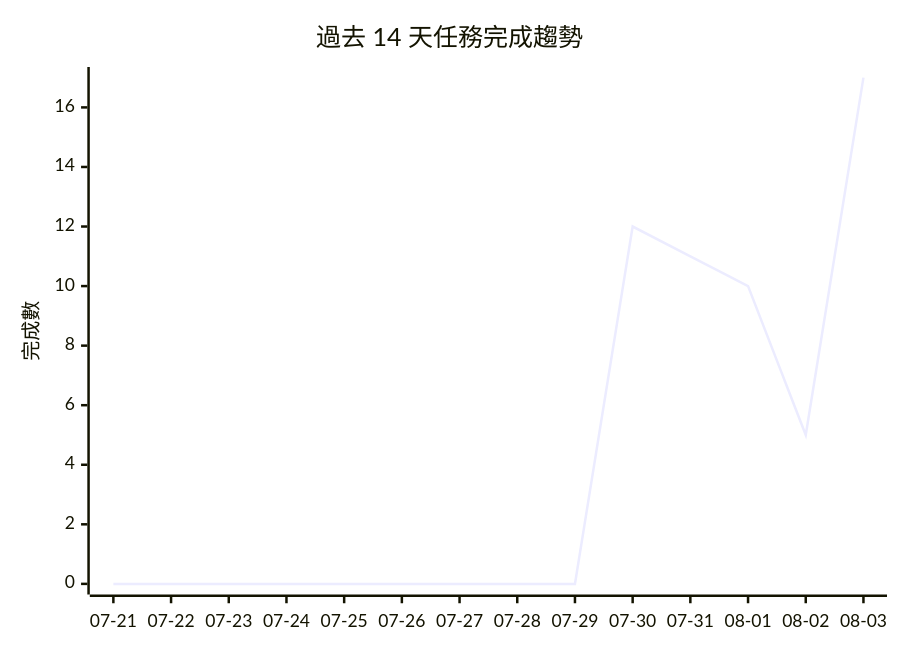
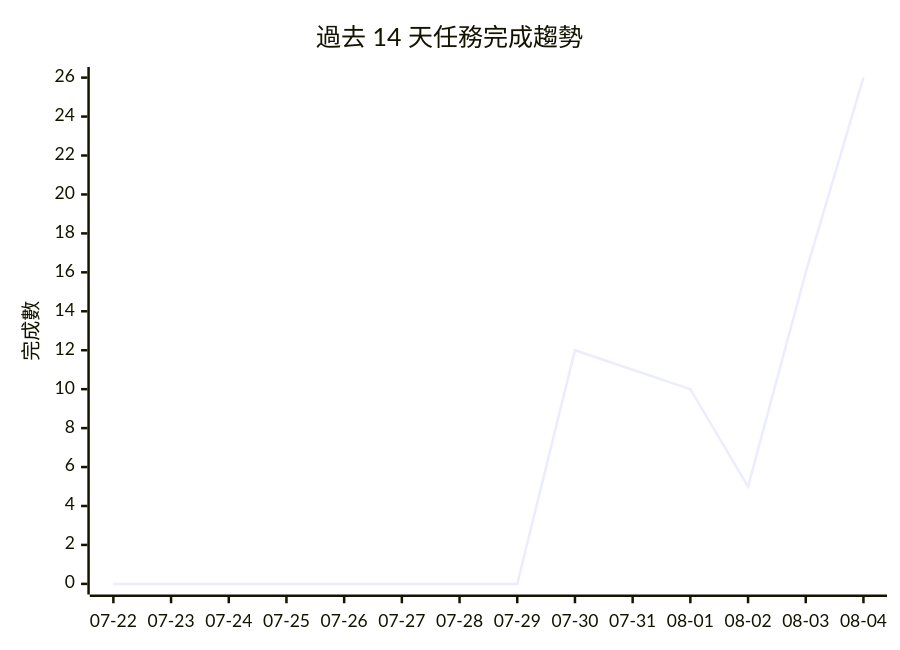
The diagram in PROJECTS.md (gentoobreaking/ai-tasks), drawn with Mermaid before and after one commit. The commit also changed other lines of this file and 99 other files, not shown here.

````diff
--- a/PROJECTS.md
+++ b/PROJECTS.md
@@ -231,7 +202,7 @@
 ```mermaid
 xychart-beta
     title "過去 14 天任務完成趨勢"
-    x-axis ["07-21", "07-22", "07-23", "07-24", "07-25", "07-26", "07-27", "07-28", "07-29", "07-30", "07-31", "08-01", "08-02", "08-03"]
-    y-axis "完成數" 0 --> 17
-    line [0, 0, 0, 0, 0, 0, 0, 0, 0, 12, 11, 10, 5, 17]
+    x-axis ["07-22", "07-23", "07-24", "07-25", "07-26", "07-27", "07-28", "07-29", "07-30", "07-31", "08-01", "08-02", "08-03", "08-04"]
+    y-axis "完成數" 0 --> 26
+    line [0, 0, 0, 0, 0, 0, 0, 0, 12, 11, 10, 5, 16, 26]
 ```
````
